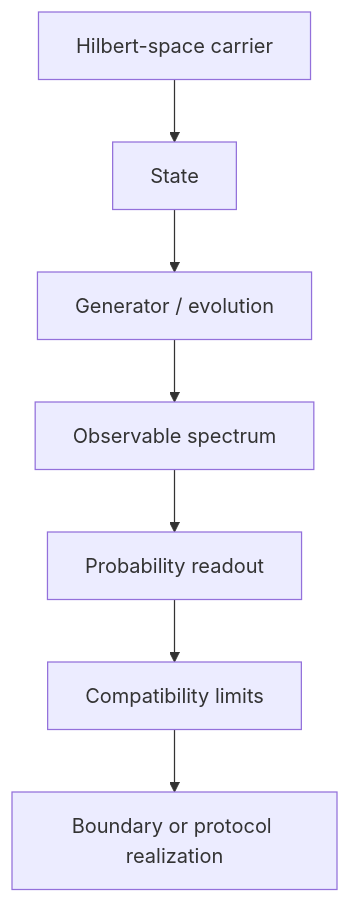
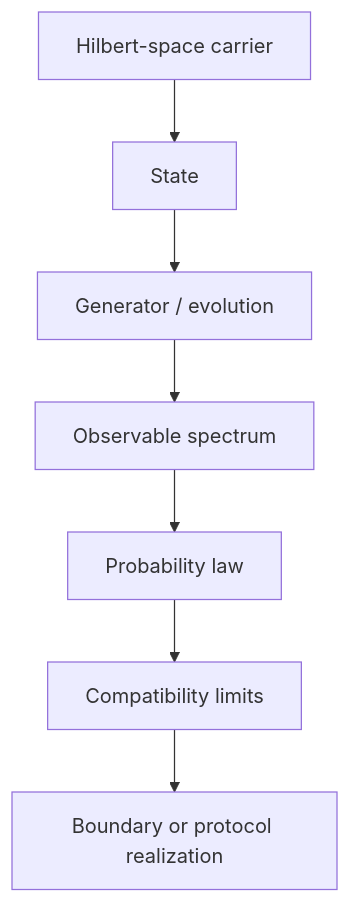
Before and after one commit to synthetix-institute/morphwiki: the diagram in docs/tutorial/01_three_views.md, drawn with Mermaid. The commit also changed other lines of this file and 179 other files, not shown here.

````diff
--- a/docs/tutorial/01_three_views.md
+++ b/docs/tutorial/01_three_views.md
@@ -38,9 +38,9 @@
 ```mermaid
 flowchart TD
     H["Hilbert-space carrier"] --> S["State"]
     S --> G["Generator / evolution"]
     G --> O["Observable spectrum"]
-    O --> R["Probability readout"]
+    O --> R["Probability law"]
     R --> C["Compatibility limits"]
     C --> A["Boundary or protocol realization"]
 ```
````
